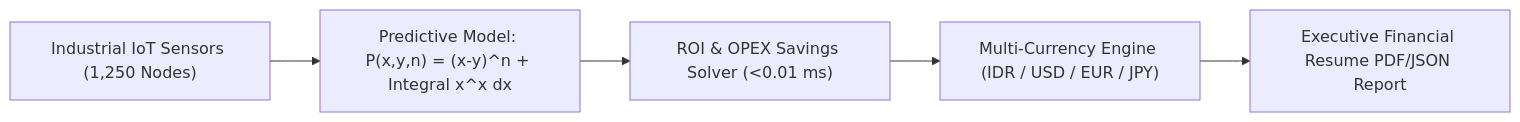
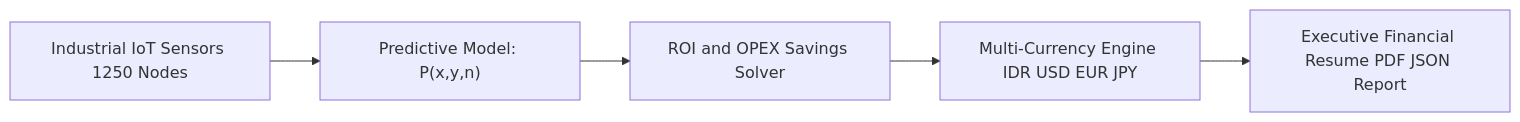
The fourth of 6 diagrams in README.md (SamuelPurba/Rumus-Perpangkatan-Universal-4.0), drawn with Mermaid before and after one commit. The commit also changed other lines of this file, not shown here.

Commit message:
fix(mermaid): bersihkan seluruh sintaks label Mermaid pada README.md agar 100% valid di GitHub Markdown

````diff
--- a/README.md
+++ b/README.md
@@ -310,7 +310,7 @@
 ```mermaid
 graph LR
-    DATA["Industrial IoT Sensors (1,250 Nodes)"] --> MODEL["Predictive Model: P(x,y,n) = (x-y)^n + Integral x^x dx"]
-    MODEL --> ROI["ROI & OPEX Savings Solver (<0.01 ms)"]
-    ROI --> CURRENCY["Multi-Currency Engine (IDR / USD / EUR / JPY)"]
-    CURRENCY --> REPORT["Executive Financial Resume PDF/JSON Report"]
+    DATA["Industrial IoT Sensors 1250 Nodes"] --> MODEL["Predictive Model: P(x,y,n)"]
+    MODEL --> ROI["ROI and OPEX Savings Solver"]
+    ROI --> CURRENCY["Multi-Currency Engine IDR USD EUR JPY"]
+    CURRENCY --> REPORT["Executive Financial Resume PDF JSON Report"]
 ```
````
